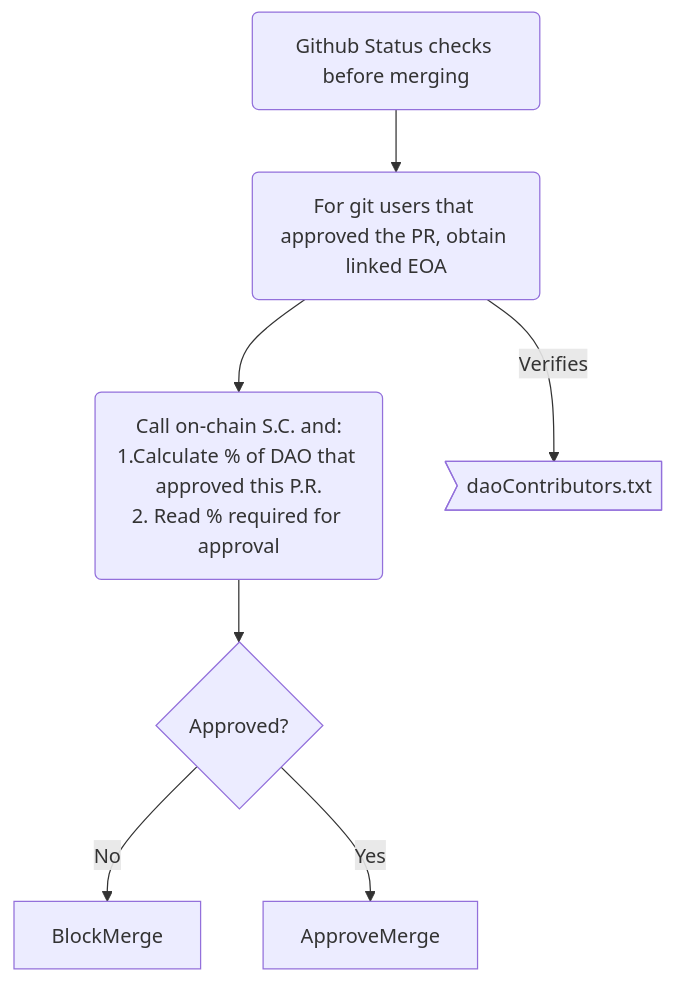
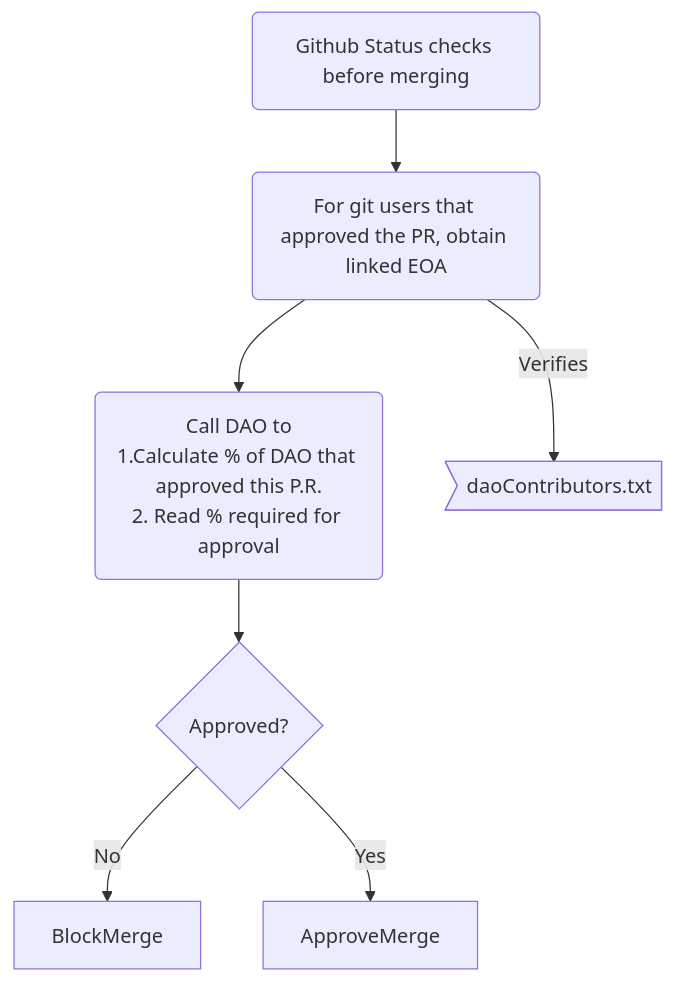
Before and after one commit to treboryatska/gitdao: the fifth of 6 diagrams in README.md, drawn with Mermaid. The commit also changed other lines of this file, not shown here.

````diff
--- a/README.md
+++ b/README.md
@@ -293,14 +310,14 @@
 ```mermaid
 graph TD;
     A("Github Status checks before merging")
     B("For git users that approved the PR, obtain linked EOA")
-    C("Call on-chain S.C. and:<br>1.Calculate % of DAO that approved this P.R.<br>2. Read % required for approval")
+    C("Call DAO to<br>1.Calculate % of DAO that approved this P.R.<br>2. Read % required for approval")
     D{"Approved?"}
    daoContributors>"daoContributors.txt"]
     A --> B
     B --> C
     C --> D
     D -->|No| BlockMerge
     D -->|Yes| ApproveMerge
     B --> |Verifies|daoContributors
 ```
````
